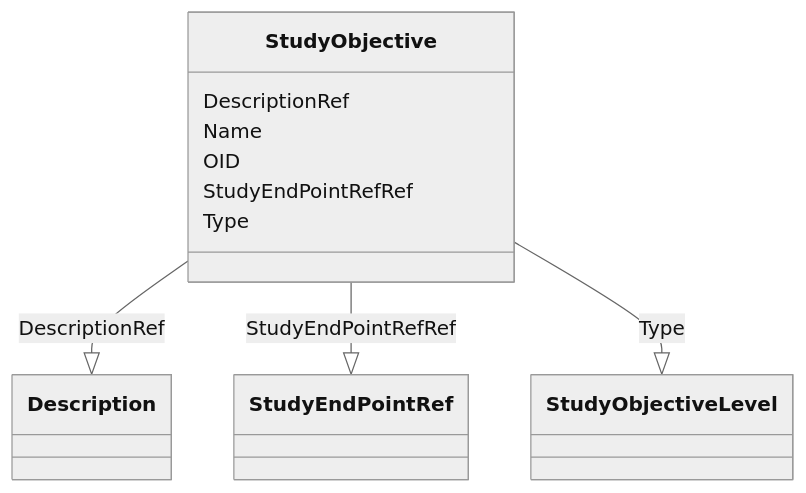
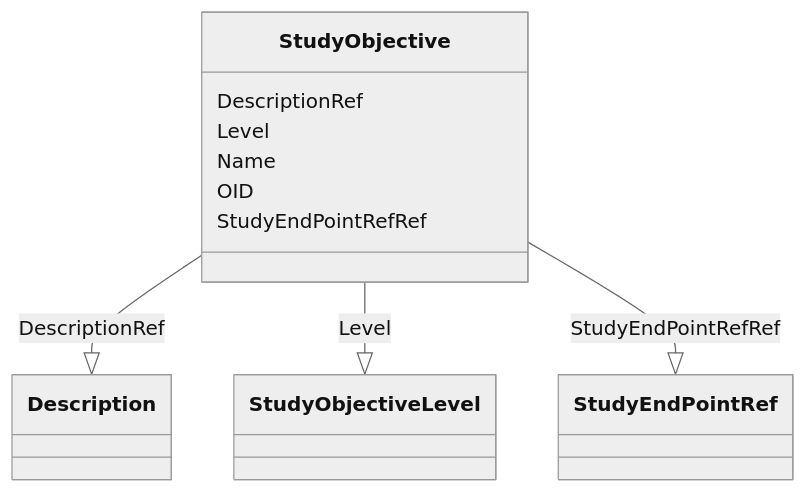
The diagram in docs/StudyObjective.md (cdisc-org/DataExchange-ODM-LinkML), drawn with Mermaid (neutral theme) before and after one commit. The commit also changed other lines of this file and 555 other files, not shown here.

````diff
--- a/docs/StudyObjective.md
+++ b/docs/StudyObjective.md
@@ -9,21 +14,21 @@
 ```mermaid
  classDiagram
     class StudyObjective
       StudyObjective : DescriptionRef
         
           StudyObjective --|> Description : DescriptionRef
+        
+      StudyObjective : Level
+        
+          StudyObjective --|> StudyObjectiveLevel : Level
         
       StudyObjective : Name
         
       StudyObjective : OID
         
       StudyObjective : StudyEndPointRefRef
         
           StudyObjective --|> StudyEndPointRef : StudyEndPointRefRef
         
-      StudyObjective : Type
-        
-          StudyObjective --|> StudyObjectiveLevel : Type
-        
       
 ```
````
